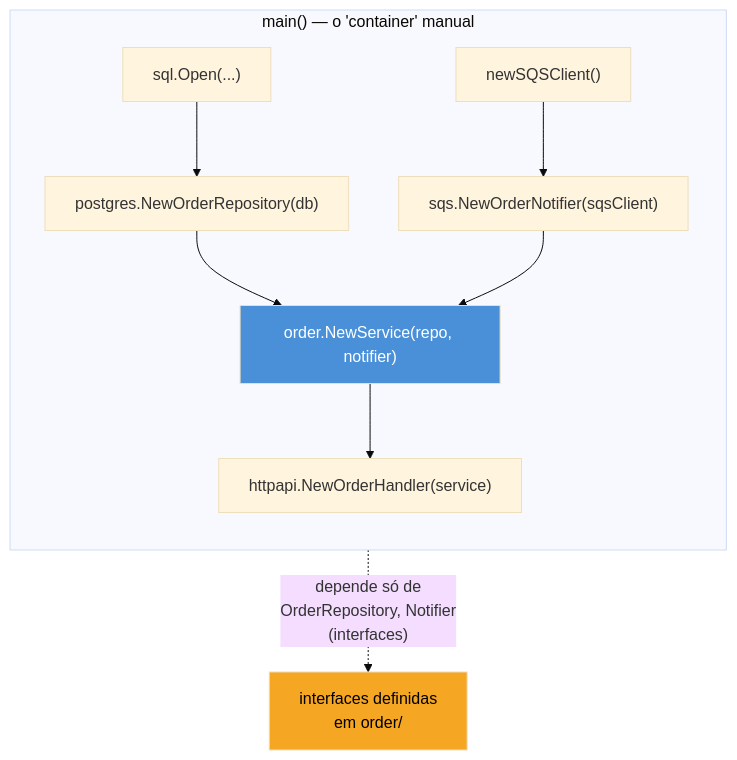
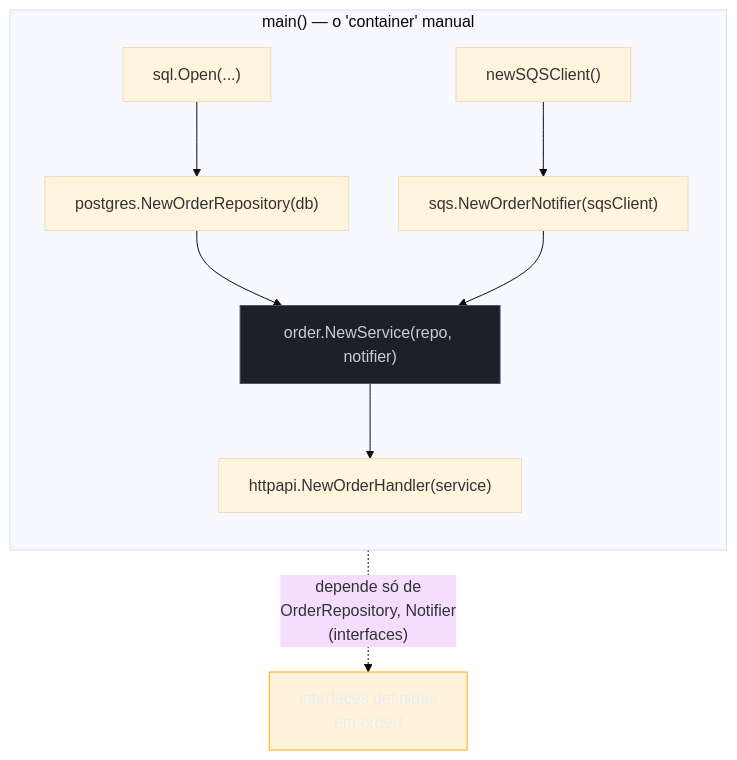
The first of 2 diagrams in 03-Dominios/Tecnologia/Go/14 - Microservices e arquitetura/03 - Dependency injection.md (josenaldo/codex-technomanticus), drawn with Mermaid (base theme) before and after one commit. The commit also changed other lines of this file and 1181 other files, not shown here.

First line of the commit message:
fix(diagramas): paleta do sistema no lugar de cor cravada no markdown

````diff
--- a/03-Dominios/Tecnologia/Go/14 - Microservices e arquitetura/03 - Dependency injection.md
+++ b/03-Dominios/Tecnologia/Go/14 - Microservices e arquitetura/03 - Dependency injection.md
@@ -91,16 +91,18 @@
 ```mermaid
 flowchart TB
+    classDef neutro fill:#1B2029,stroke:#4E5666,color:#C6CCD8
+    classDef destaque fill:#FFAA0024,stroke:#FFAA00,color:#E9ECF2
     subgraph main["main() — o 'container' manual"]
         direction TB
         DB["sql.Open(...)"] --> Repo["postgres.NewOrderRepository(db)"]
         SQS["newSQSClient()"] --> Notif["sqs.NewOrderNotifier(sqsClient)"]
         Repo --> Svc["order.NewService(repo, notifier)"]
         Notif --> Svc
         Svc --> Handler["httpapi.NewOrderHandler(service)"]
     end
 
     Svc -.->|"depende só de\nOrderRepository, Notifier\n(interfaces)"| Iface["interfaces definidas\nem order/"]
 
-    style Svc fill:#4A90D9,color:#fff
-    style Iface fill:#F5A623,color:#000
+    class Svc neutro
+    class Iface destaque
 ```
````
